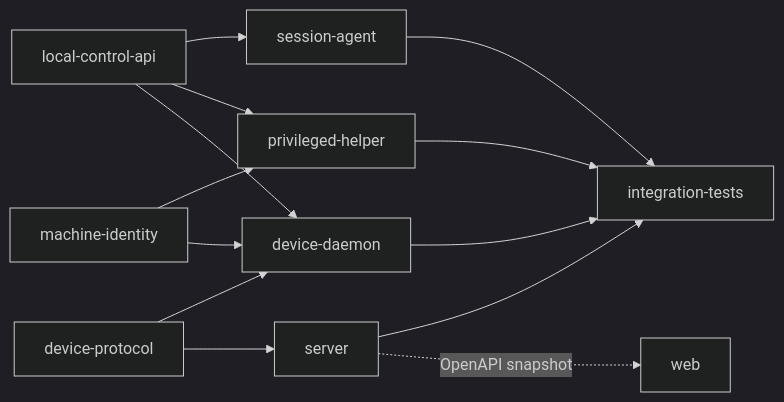
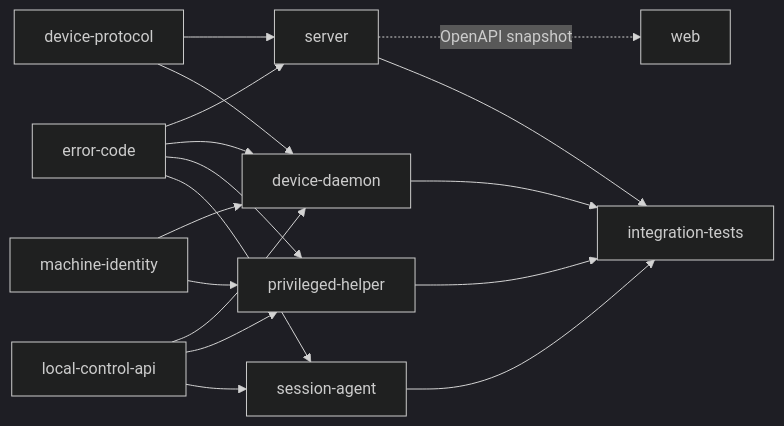
One commit to 4o3F/Natsume changed the third of 22 diagrams in docs/v2-design.md. Above: the diagram before and after it, drawn with Mermaid (dark theme). The commit also changed other lines of this file and 5 other files, not shown here.

````diff
--- a/docs/v2-design.md
+++ b/docs/v2-design.md
@@ -403,15 +407,19 @@
 ```mermaid
 flowchart LR
-    Protocol["device-protocol"] --> Server["server"]
-    Protocol --> Daemon["device-daemon"]
+    Errors["error-code"] --> Server["server"]
+    Errors --> Daemon["device-daemon"]
+    Errors --> Helper["privileged-helper"]
+    Errors --> Agent["session-agent"]
+    Protocol["device-protocol"] --> Server
+    Protocol --> Daemon
     Local["local-control-api"] --> Daemon
-    Local --> Helper["privileged-helper"]
-    Local --> Agent["session-agent"]
+    Local --> Helper
+    Local --> Agent
     Identity["machine-identity"] --> Daemon
     Identity --> Helper
     Server -. "OpenAPI snapshot" .-> Web["web"]
     Server --> Tests["integration-tests"]
     Daemon --> Tests
     Helper --> Tests
     Agent --> Tests
 ```
````
